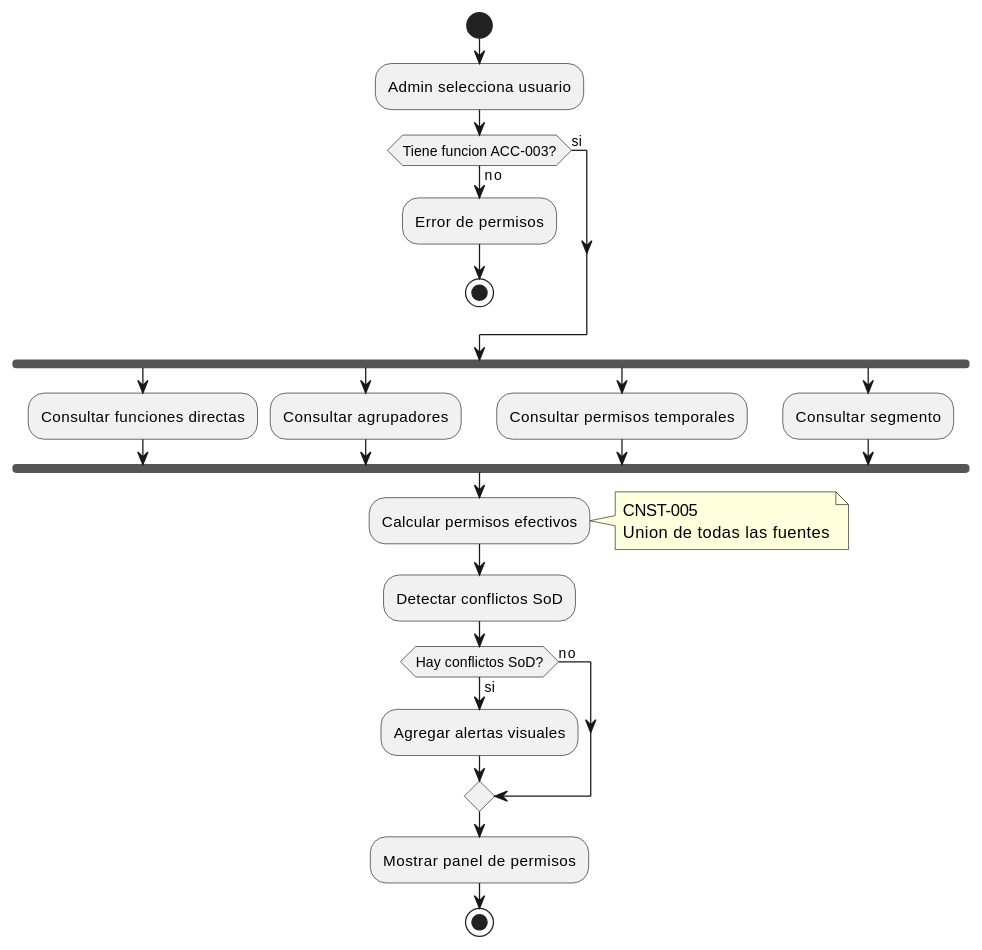
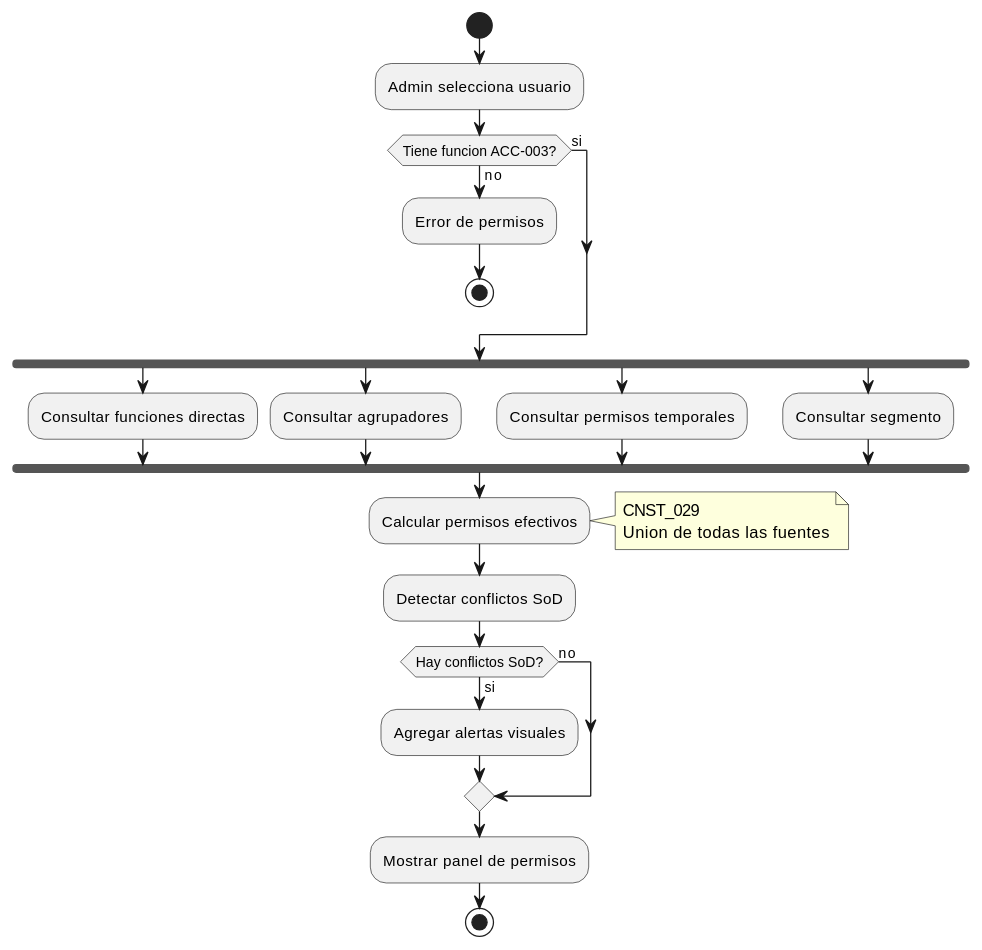
The third of 3 diagrams in source/requisitos/casos_uso/access/UC_ACC_03_Consultar_Permisos.rst (jcg-admin/IACT-docs), drawn with PlantUML before and after one commit. The commit also changed other lines of this file and 67 other files, not shown here.

```diff
--- a/source/requisitos/casos_uso/access/UC_ACC_03_Consultar_Permisos.rst
+++ b/source/requisitos/casos_uso/access/UC_ACC_03_Consultar_Permisos.rst
@@ -310,43 +319,43 @@
 .. uml::
    :caption: Diagrama de Actividad - UC_ACC_03
 
    @startuml
 
    start
 
    :Admin selecciona usuario;
 
    if (Tiene funcion ACC-003?) then (no)
      :Error de permisos;
      stop
    else (si)
    endif
 
    fork
      :Consultar funciones directas;
    fork again
      :Consultar agrupadores;
    fork again
      :Consultar permisos temporales;
    fork again
      :Consultar segmento;
    end fork
 
    :Calcular permisos efectivos;
    note right
-     CNST-005
+     CNST_029
      Union de todas las fuentes
    end note
 
    :Detectar conflictos SoD;
 
    if (Hay conflictos SoD?) then (si)
      :Agregar alertas visuales;
    else (no)
    endif
 
    :Mostrar panel de permisos;
 
    stop
 
    @enduml
```
